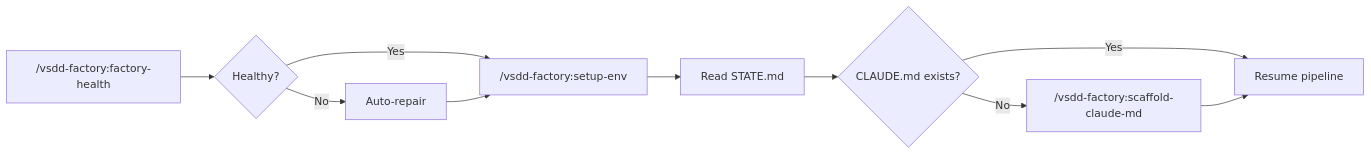
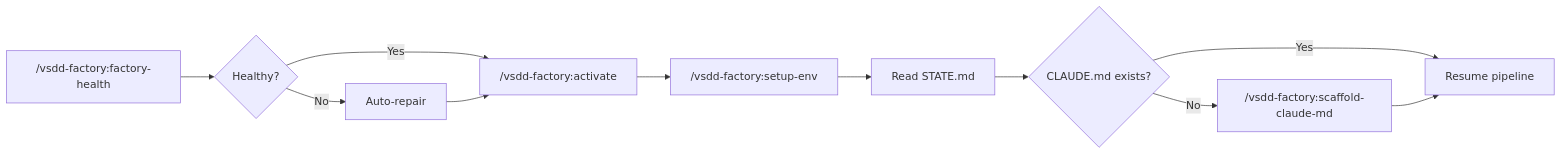
One commit to drbothen/vsdd-factory changed the diagram in docs/guide/getting-started.md. Above: the diagram before and after it, drawn with Mermaid. The commit also changed other lines of this file, not shown here.

````diff
--- a/docs/guide/getting-started.md
+++ b/docs/guide/getting-started.md
@@ -112,12 +122,13 @@
 ```mermaid
 graph LR
     A["/vsdd-factory:factory-health"] --> B{Healthy?}
-    B -->|Yes| C["/vsdd-factory:setup-env"]
+    B -->|Yes| C["/vsdd-factory:activate"]
     B -->|No| D["Auto-repair"]
     D --> C
-    C --> E["Read STATE.md"]
-    E --> G{CLAUDE.md exists?}
-    G -->|Yes| F["Resume pipeline"]
-    G -->|No| H["/vsdd-factory:scaffold-claude-md"]
-    H --> F
+    C --> E["/vsdd-factory:setup-env"]
+    E --> F["Read STATE.md"]
+    F --> G{CLAUDE.md exists?}
+    G -->|Yes| H["Resume pipeline"]
+    G -->|No| I["/vsdd-factory:scaffold-claude-md"]
+    I --> H
 ```
````
